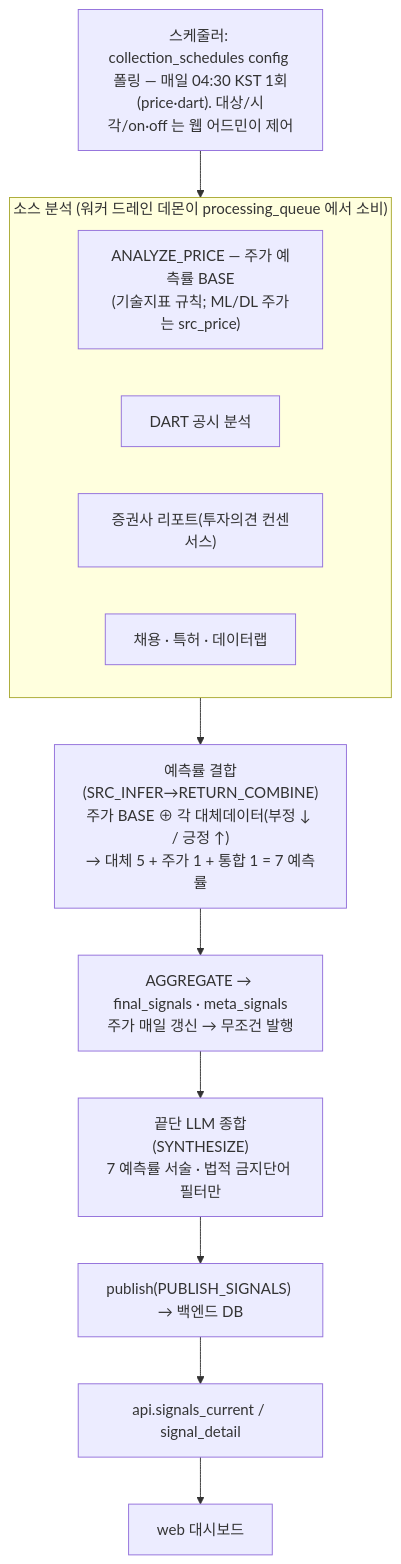
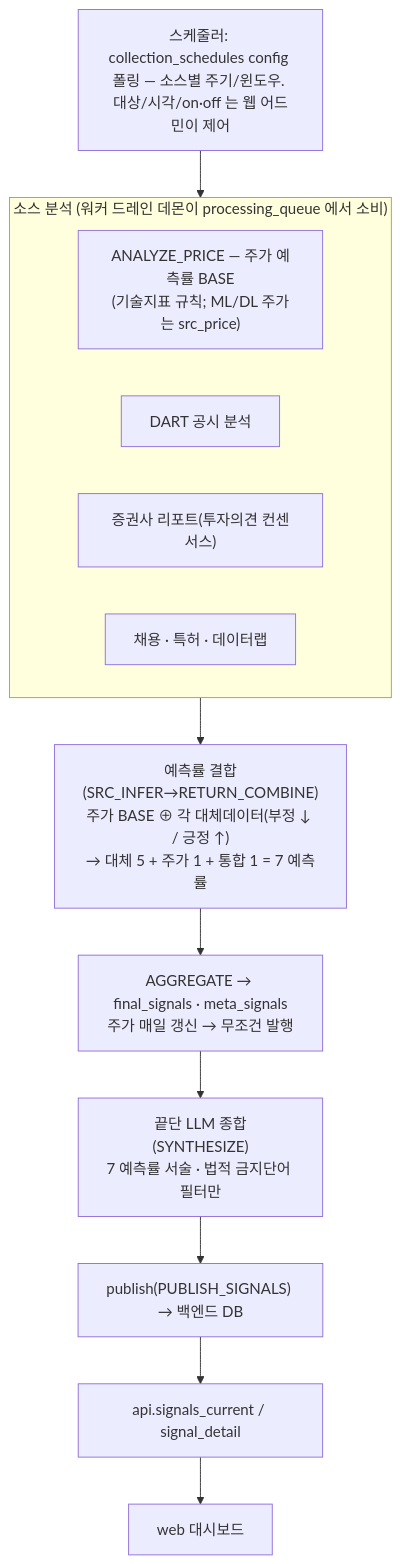
The third of 3 diagrams in docs/architecture-diagram.md (AIX14-3/signal-alpha), drawn with Mermaid before and after one commit. The commit also changed other lines of this file and 14 other files, not shown here.

````diff
--- a/docs/architecture-diagram.md
+++ b/docs/architecture-diagram.md
@@ -207,18 +208,18 @@
 ```mermaid
 flowchart TB
-    sch2["스케줄러: collection_schedules config 폴링 — 매일 04:30 KST 1회(price·dart). 대상/시각/on·off 는 웹 어드민이 제어"]
+    sch2["스케줄러: collection_schedules config 폴링 — 소스별 주기/윈도우. 대상/시각/on·off 는 웹 어드민이 제어"]
     subgraph fan["소스 분석 (워커 드레인 데몬이 processing_queue 에서 소비)"]
         price["ANALYZE_PRICE — 주가 예측률 BASE<br/>(기술지표 규칙; ML/DL 주가는 src_price)"]
         dart["DART 공시 분석"]
         report["증권사 리포트(투자의견 컨센서스)"]
         alt["채용 · 특허 · 데이터랩"]
     end
     comb["예측률 결합(SRC_INFER→RETURN_COMBINE)<br/>주가 BASE ⊕ 각 대체데이터(부정 ↓ / 긍정 ↑)<br/>→ 대체 5 + 주가 1 + 통합 1 = 7 예측률"]
     agg["AGGREGATE → final_signals · meta_signals<br/>주가 매일 갱신 → 무조건 발행"]
     synth["끝단 LLM 종합(SYNTHESIZE)<br/>7 예측률 서술 · 법적 금지단어 필터만"]
     pub["publish(PUBLISH_SIGNALS) → 백엔드 DB"]
     api2["api.signals_current / signal_detail"]
     web2["web 대시보드"]
 
     sch2 --> fan --> comb --> agg --> synth --> pub --> api2 --> web2
 ```
````
